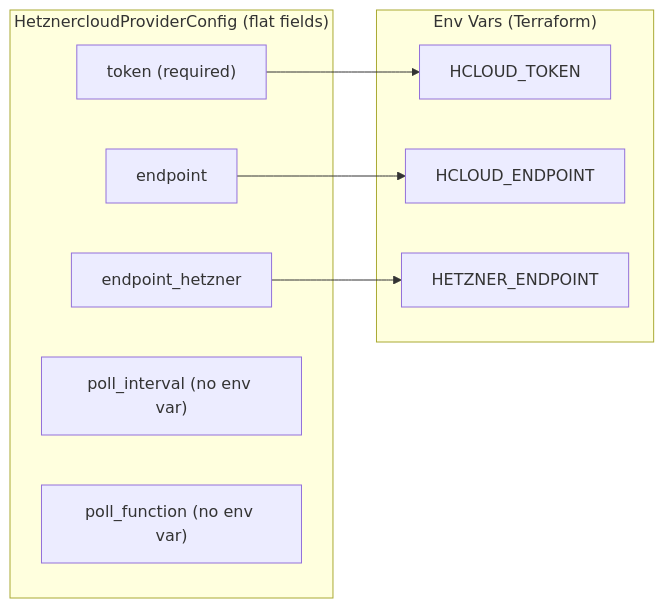
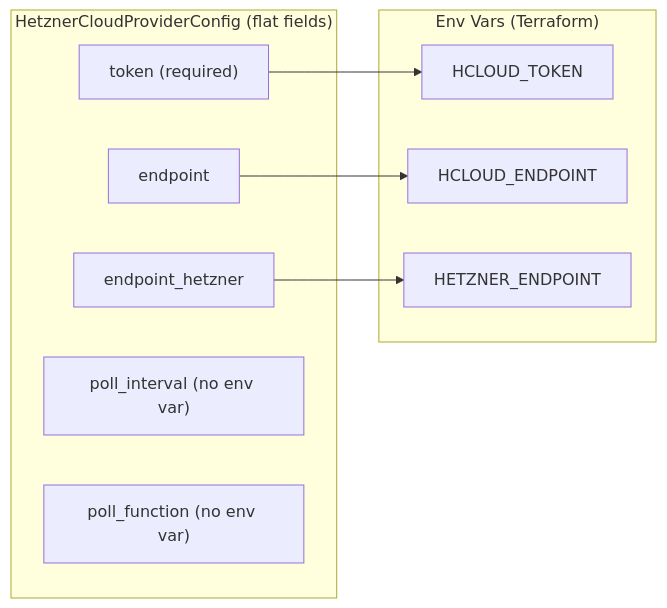
One commit to plantonhq/planton changed the second of 2 diagrams in _changelog/2026-02/2026-02-19-043000-hetznercloud-provider-integration.md. Above: the diagram before and after it, drawn with Mermaid. The commit also changed other lines of this file and 519 other files, not shown here.

Commit message:
renamed Hetznercloud to HetznerCloud in all proto messages

````diff
--- a/_changelog/2026-02/2026-02-19-043000-hetznercloud-provider-integration.md
+++ b/_changelog/2026-02/2026-02-19-043000-hetznercloud-provider-integration.md
@@ -69,20 +69,20 @@
 ```mermaid
 flowchart LR
-    subgraph proto_flat ["HetznercloudProviderConfig (flat fields)"]
+    subgraph proto_flat ["HetznerCloudProviderConfig (flat fields)"]
         TK["token (required)"]
         EP["endpoint"]
         EPH["endpoint_hetzner"]
         PI["poll_interval (no env var)"]
         PF["poll_function (no env var)"]
     end
 
     subgraph flat_envvars ["Env Vars (Terraform)"]
         E1["HCLOUD_TOKEN"]
         E2["HCLOUD_ENDPOINT"]
         E3["HETZNER_ENDPOINT"]
     end
 
     TK --> E1
     EP --> E2
     EPH --> E3
 ```
````
